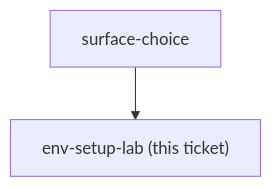
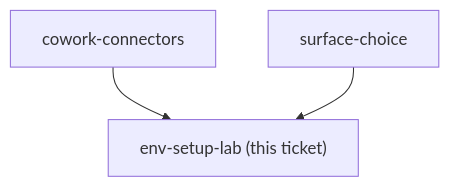
The diagram in docs/decision-map/claude-for-factory-consultants/tickets/env-setup-lab.md (ThodsaphonSonthiphin/ai-traing-user), drawn with Mermaid before and after one commit. The commit also changed other lines of this file and 7 other files, not shown here.

First line of the commit message:
Resolve surface-choice: Claude Cowork is the course Spine

````diff
--- a/docs/decision-map/claude-for-factory-consultants/tickets/env-setup-lab.md
+++ b/docs/decision-map/claude-for-factory-consultants/tickets/env-setup-lab.md
@@ -16,5 +16,6 @@
 ```mermaid
 graph TD
     ME["env-setup-lab (this ticket)"]
-    P0["surface-choice"] --> ME
+    P0["cowork-connectors"] --> ME
+    P1["surface-choice"] --> ME
 ```
````
